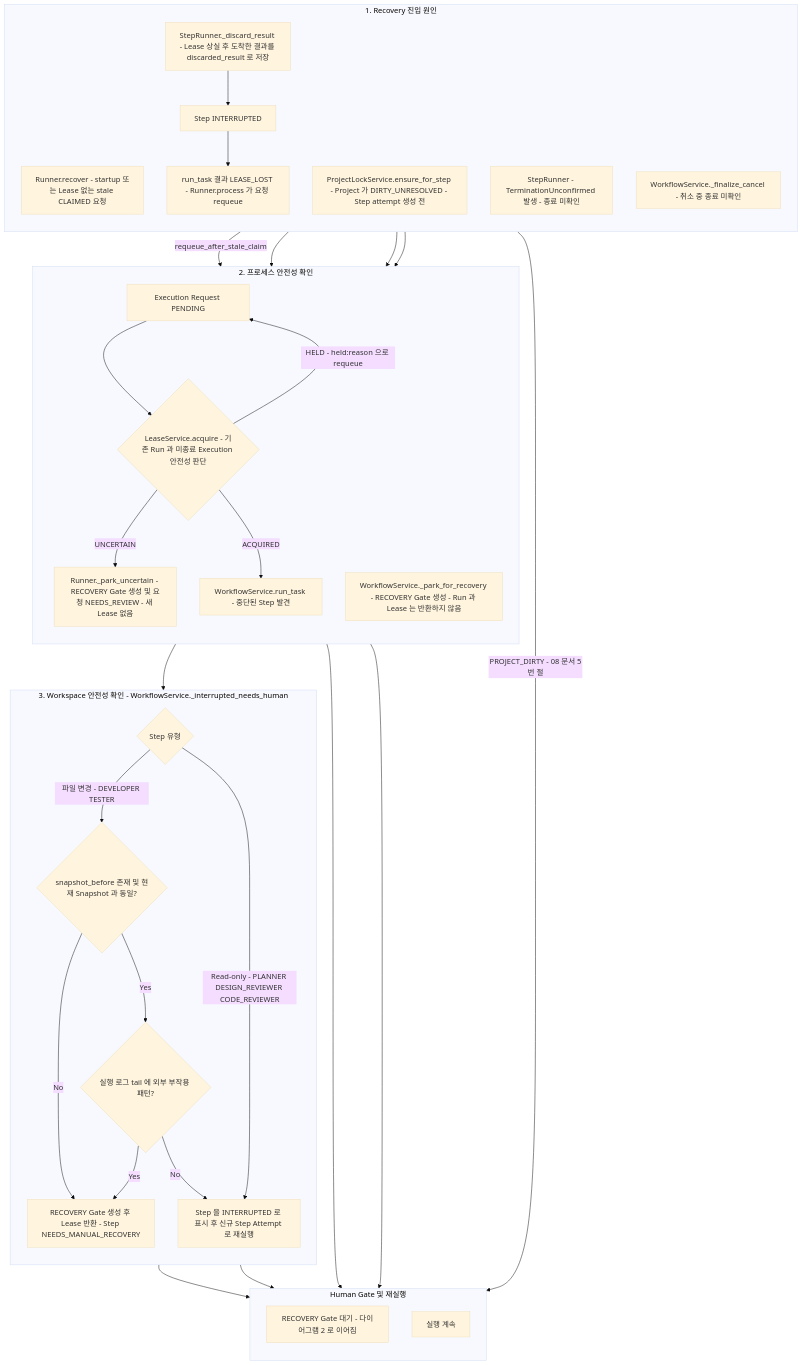
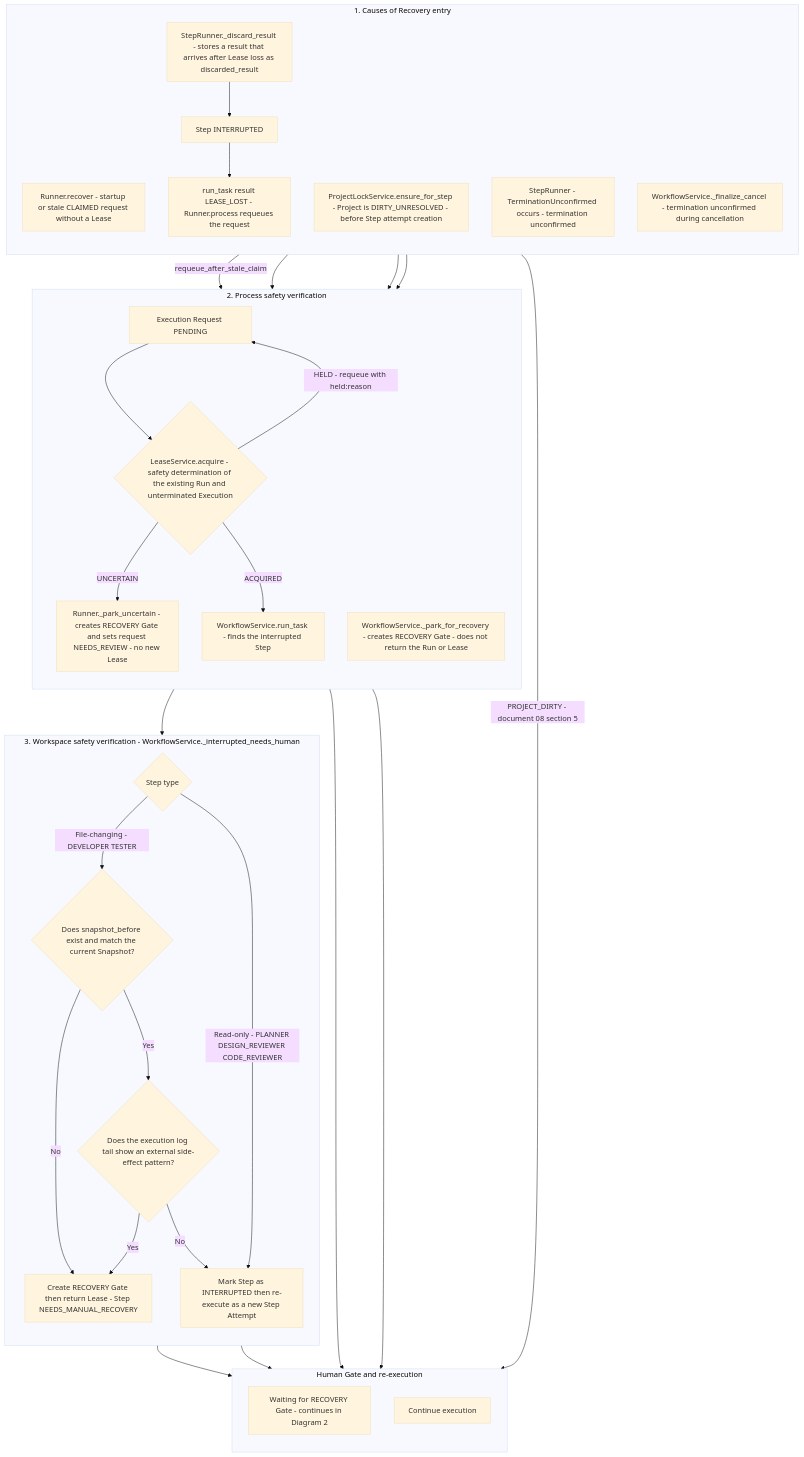
One commit to mdgome/orchestra-ai changed the first of 2 diagrams in docs/workflow/09-recovery.md. Above: the diagram before and after it, drawn with Mermaid (base theme). The commit also changed other lines of this file and 31 other files, not shown here.

````diff
--- a/docs/workflow/09-recovery.md
+++ b/docs/workflow/09-recovery.md
@@ -14,50 +16,50 @@
 ```mermaid
 flowchart TD
-    subgraph CAUSE["1. Recovery 진입 원인"]
+    subgraph CAUSE["1. Causes of Recovery entry"]
         direction TB
-        E1["Runner.recover - startup 또는 Lease 없는 stale CLAIMED 요청"]
-        E7["ProjectLockService.ensure_for_step - Project 가 DIRTY_UNRESOLVED - Step attempt 생성 전"]
-        E3["StepRunner - TerminationUnconfirmed 발생 - 종료 미확인"]
-        E5["WorkflowService._finalize_cancel - 취소 중 종료 미확인"]
-        E6a["StepRunner._discard_result - Lease 상실 후 도착한 결과를 discarded_result 로 저장"]
+        E1["Runner.recover - startup or stale CLAIMED request without a Lease"]
+        E7["ProjectLockService.ensure_for_step - Project is DIRTY_UNRESOLVED - before Step attempt creation"]
+        E3["StepRunner - TerminationUnconfirmed occurs - termination unconfirmed"]
+        E5["WorkflowService._finalize_cancel - termination unconfirmed during cancellation"]
+        E6a["StepRunner._discard_result - stores a result that arrives after Lease loss as discarded_result"]
         E6a --> E6b["Step INTERRUPTED"]
-        E6b --> E6c["run_task 결과 LEASE_LOST - Runner.process 가 요청 requeue"]
+        E6b --> E6c["run_task result LEASE_LOST - Runner.process requeues the request"]
     end
 
-    subgraph PROCESS["2. 프로세스 안전성 확인"]
+    subgraph PROCESS["2. Process safety verification"]
         direction TB
-        RQ["Execution Request PENDING"] --> ACQ{"LeaseService.acquire - 기존 Run 과 미종료 Execution 안전성 판단"}
-        ACQ -->|"HELD - held:reason 으로 requeue"| RQ
-        ACQ -->|"UNCERTAIN"| PU["Runner._park_uncertain - RECOVERY Gate 생성 및 요청 NEEDS_REVIEW - 새 Lease 없음"]
-        ACQ -->|"ACQUIRED"| RT["WorkflowService.run_task - 중단된 Step 발견"]
-        PL["WorkflowService._park_for_recovery - RECOVERY Gate 생성 - Run 과 Lease 는 반환하지 않음"]
+        RQ["Execution Request PENDING"] --> ACQ{"LeaseService.acquire - safety determination of the existing Run and unterminated Execution"}
+        ACQ -->|"HELD - requeue with held:reason"| RQ
+        ACQ -->|"UNCERTAIN"| PU["Runner._park_uncertain - creates RECOVERY Gate and sets request NEEDS_REVIEW - no new Lease"]
+        ACQ -->|"ACQUIRED"| RT["WorkflowService.run_task - finds the interrupted Step"]
+        PL["WorkflowService._park_for_recovery - creates RECOVERY Gate - does not return the Run or Lease"]
     end
 
-    subgraph WORKSPACE["3. Workspace 안전성 확인 - WorkflowService._interrupted_needs_human"]
+    subgraph WORKSPACE["3. Workspace safety verification - WorkflowService._interrupted_needs_human"]
         direction TB
-        T{"Step 유형"}
-        T -->|"파일 변경 - DEVELOPER TESTER"| S{"snapshot_before 존재 및 현재 Snapshot 과 동일?"}
-        S -->|"Yes"| X{"실행 로그 tail 에 외부 부작용 패턴?"}
-        S -->|"No"| G3["RECOVERY Gate 생성 후 Lease 반환 - Step NEEDS_MANUAL_RECOVERY"]
+        T{"Step type"}
+        T -->|"File-changing - DEVELOPER TESTER"| S{"Does snapshot_before exist and match the current Snapshot?"}
+        S -->|"Yes"| X{"Does the execution log tail show an external side-effect pattern?"}
+        S -->|"No"| G3["Create RECOVERY Gate then return Lease - Step NEEDS_MANUAL_RECOVERY"]
         X -->|"Yes"| G3
-        X -->|"No"| RR["Step 을 INTERRUPTED 로 표시 후 신규 Step Attempt 로 재실행"]
+        X -->|"No"| RR["Mark Step as INTERRUPTED then re-execute as a new Step Attempt"]
         T -->|"Read-only - PLANNER DESIGN_REVIEWER CODE_REVIEWER"| RR
     end
 
-    subgraph OUT["Human Gate 및 재실행"]
+    subgraph OUT["Human Gate and re-execution"]
         direction TB
-        WAIT["RECOVERY Gate 대기 - 다이어그램 2 로 이어짐"]
-        CONT["실행 계속"]
+        WAIT["Waiting for RECOVERY Gate - continues in Diagram 2"]
+        CONT["Continue execution"]
     end
 
     E1 -->|"requeue_after_stale_claim"| RQ
     E6c --> RQ
-    E7 -->|"PROJECT_DIRTY - 08 문서 5번 절"| WAIT
+    E7 -->|"PROJECT_DIRTY - document 08 section 5"| WAIT
     E3 --> PL
     E5 --> PL
     RT --> T
     PU --> WAIT
     PL --> WAIT
     G3 --> WAIT
     RR --> CONT
 ```
````
